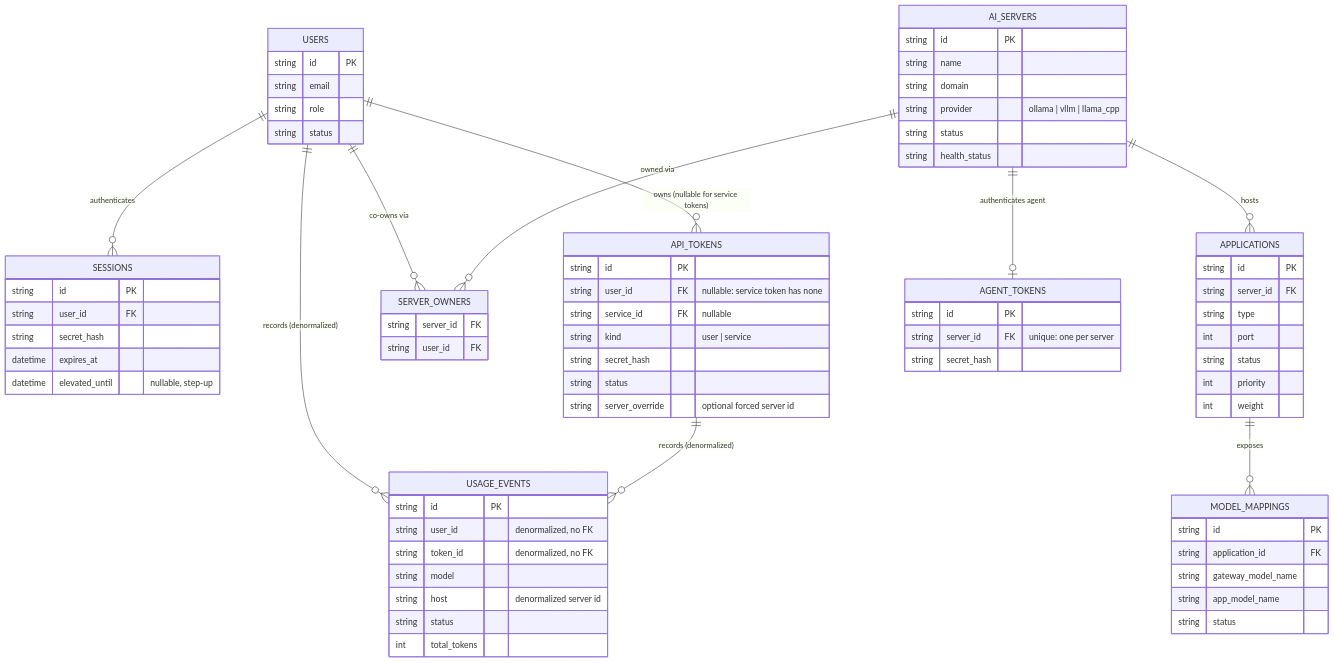
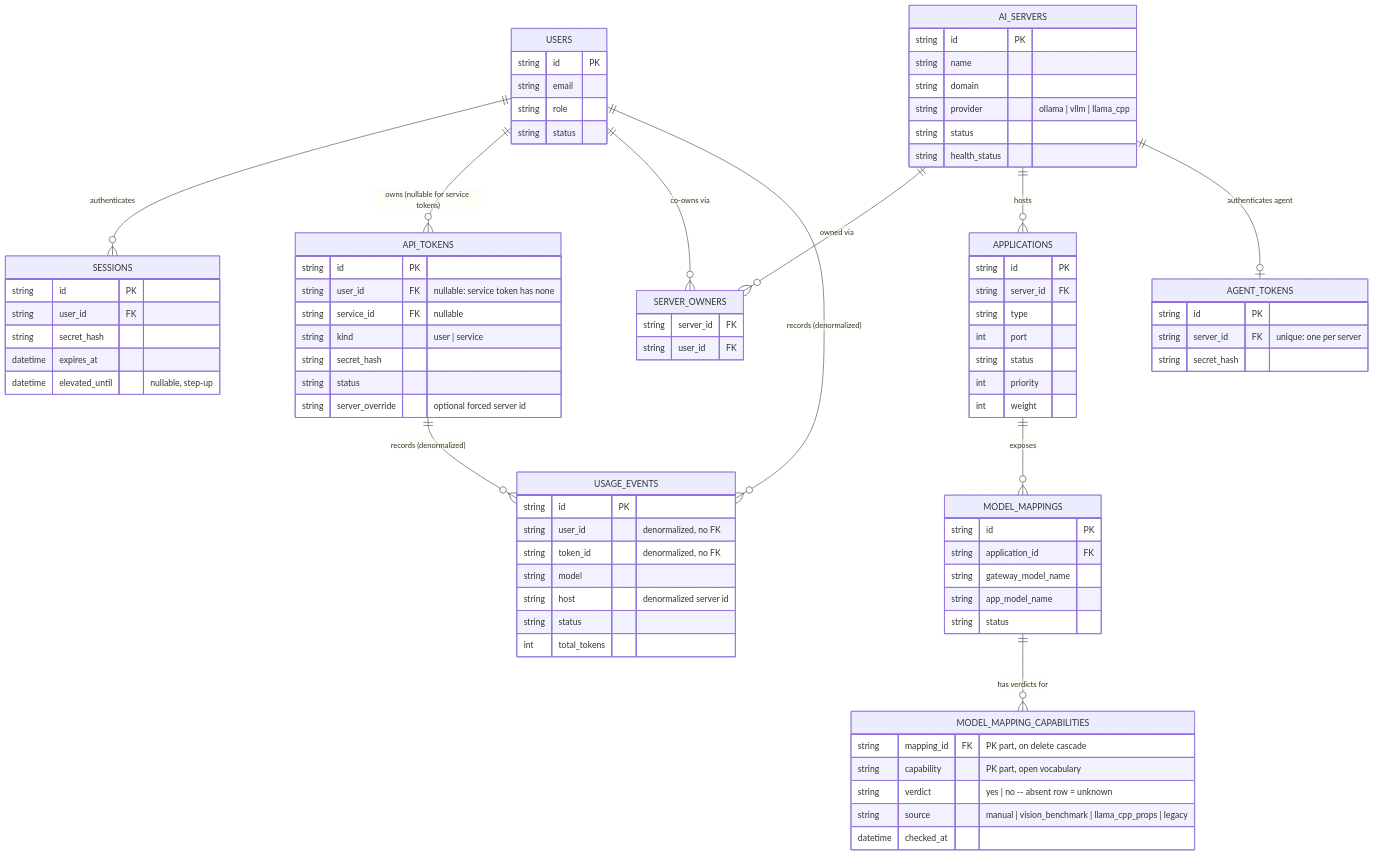
The diagram in docs/architecture/reference/data-model.md (JLor08/op-ai-gateway), drawn with Mermaid before and after one commit. The commit also changed other lines of this file and 69 other files, not shown here.

First line of the commit message:
fix: Per-model capabilities become child rows with ranked provenance, and the operator gets all three states (#67)

````diff
--- a/docs/architecture/reference/data-model.md
+++ b/docs/architecture/reference/data-model.md
@@ -168,6 +169,13 @@
         string app_model_name
         string status
     }
+    MODEL_MAPPING_CAPABILITIES {
+        string mapping_id FK "PK part, on delete cascade"
+        string capability "PK part, open vocabulary"
+        string verdict "yes | no -- absent row = unknown"
+        string source "manual | vision_benchmark | llama_cpp_props | legacy"
+        datetime checked_at
+    }
     AGENT_TOKENS {
         string id PK
         string server_id FK "unique: one per server"
@@ -190,6 +198,7 @@
     AI_SERVERS ||--o{ APPLICATIONS : "hosts"
     AI_SERVERS ||--o| AGENT_TOKENS : "authenticates agent"
     APPLICATIONS ||--o{ MODEL_MAPPINGS : "exposes"
+    MODEL_MAPPINGS ||--o{ MODEL_MAPPING_CAPABILITIES : "has verdicts for"
     USERS ||--o{ USAGE_EVENTS : "records (denormalized)"
     API_TOKENS ||--o{ USAGE_EVENTS : "records (denormalized)"
 ```
````
